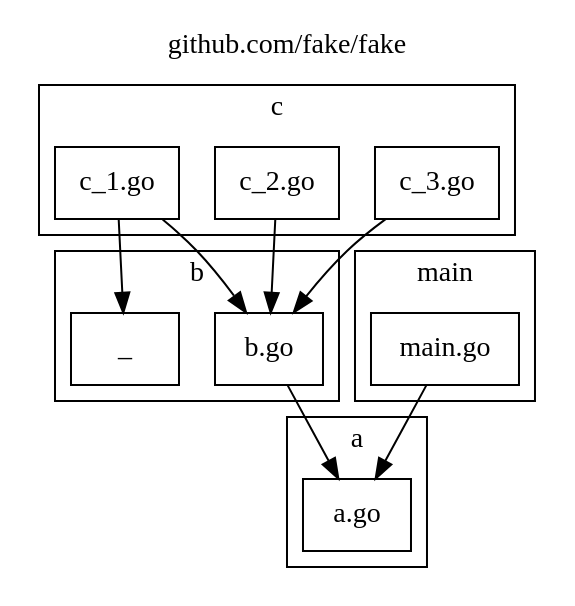
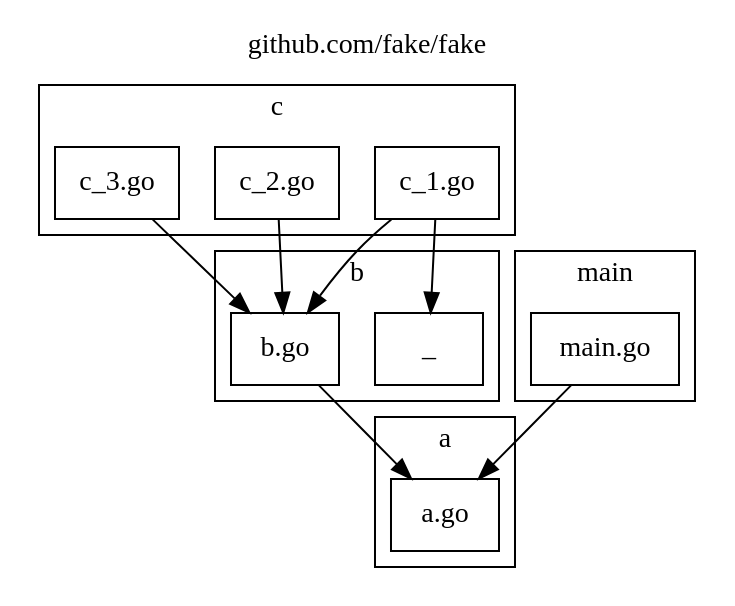
One commit to samlitowitz/godepvis changed the diagram in assets/examples/no-circular-dependencies-with-blank-identifier/file.dot. Above: the diagram before and after it, drawn with Graphviz. The commit also changed other lines of this file and 25 other files, not shown here.

```diff
--- a/assets/examples/no-circular-dependencies-with-blank-identifier/file.dot
+++ b/assets/examples/no-circular-dependencies-with-blank-identifier/file.dot
@@ -1,52 +1,52 @@
 digraph {
 	labelloc="t";
 	label="github.com/fake/fake";
 	rankdir="TB";
 	node [shape="rect"];
 
 	subgraph "cluster_pkg_a" {
 		label="a";
 		style="filled";
 		fontcolor="#000000";
 		fillcolor="#ffffff";
 
 		"pkg_a_file_a" [label="a.go", style="filled", fontcolor="#000000", fillcolor="#ffffff"];
 	};
 
 	subgraph "cluster_pkg_b" {
 		label="b";
 		style="filled";
 		fontcolor="#000000";
 		fillcolor="#ffffff";
 
+		"pkg_b_file__" [label="_", style="filled", fontcolor="#000000", fillcolor="#ffffff"];
 		"pkg_b_file_b" [label="b.go", style="filled", fontcolor="#000000", fillcolor="#ffffff"];
-		"pkg_b_file__" [label="_", style="filled", fontcolor="#000000", fillcolor="#ffffff"];
 	};
 
 	subgraph "cluster_pkg_c" {
 		label="c";
 		style="filled";
 		fontcolor="#000000";
 		fillcolor="#ffffff";
 
-		"pkg_c_file_c_1" [label="c_1.go", style="filled", fontcolor="#000000", fillcolor="#ffffff"];
 		"pkg_c_file_c_2" [label="c_2.go", style="filled", fontcolor="#000000", fillcolor="#ffffff"];
 		"pkg_c_file_c_3" [label="c_3.go", style="filled", fontcolor="#000000", fillcolor="#ffffff"];
+		"pkg_c_file_c_1" [label="c_1.go", style="filled", fontcolor="#000000", fillcolor="#ffffff"];
 	};
 
 	subgraph "cluster_pkg_main" {
 		label="main";
 		style="filled";
 		fontcolor="#000000";
 		fillcolor="#ffffff";
 
 		"pkg_main_file_main" [label="main.go", style="filled", fontcolor="#000000", fillcolor="#ffffff"];
 	};
 
 	"pkg_b_file_b" -> "pkg_a_file_a" [color="#000000"];
 	"pkg_c_file_c_1" -> "pkg_b_file_b" [color="#000000"];
 	"pkg_c_file_c_1" -> "pkg_b_file__" [color="#000000"];
 	"pkg_c_file_c_2" -> "pkg_b_file_b" [color="#000000"];
 	"pkg_c_file_c_3" -> "pkg_b_file_b" [color="#000000"];
 	"pkg_main_file_main" -> "pkg_a_file_a" [color="#000000"];
 }
```
